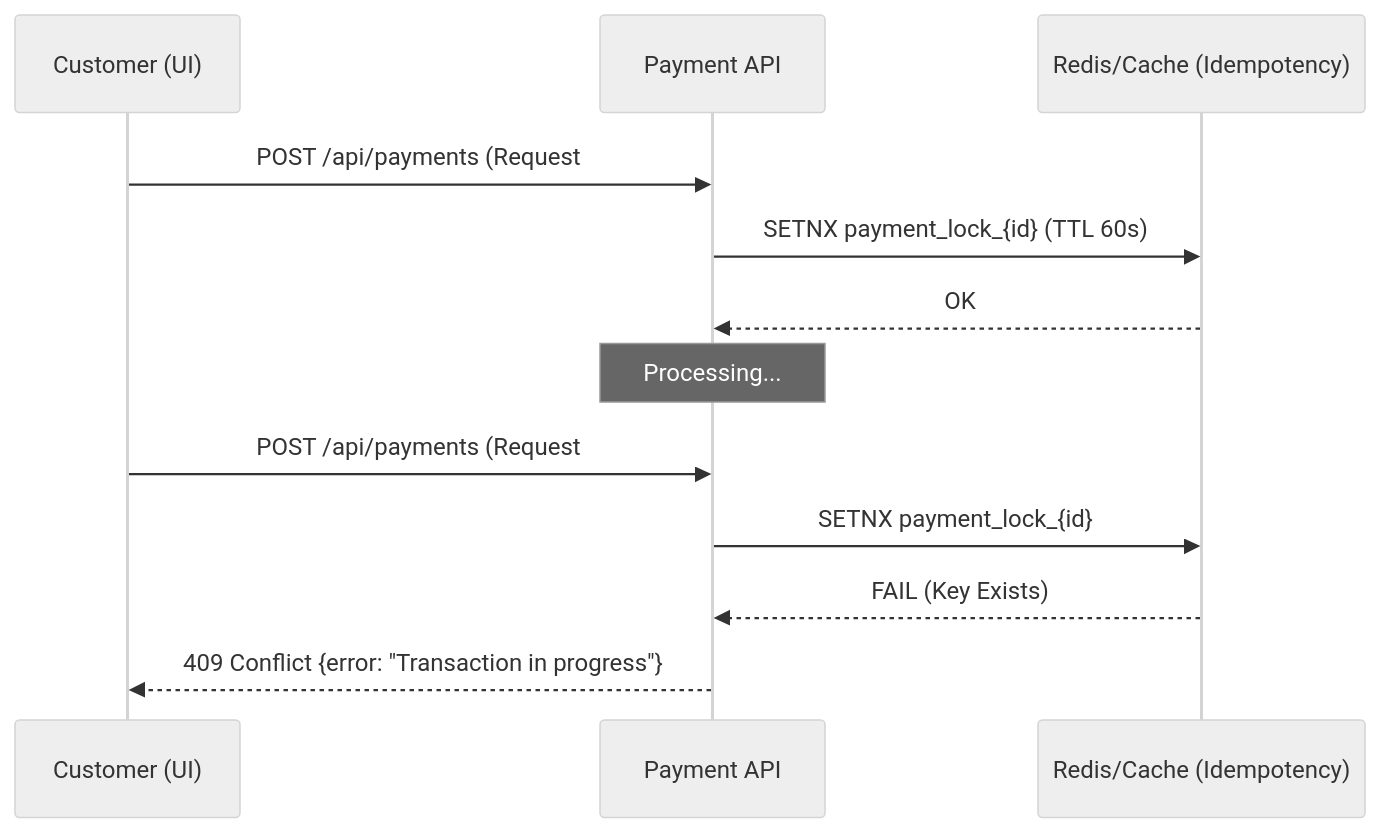
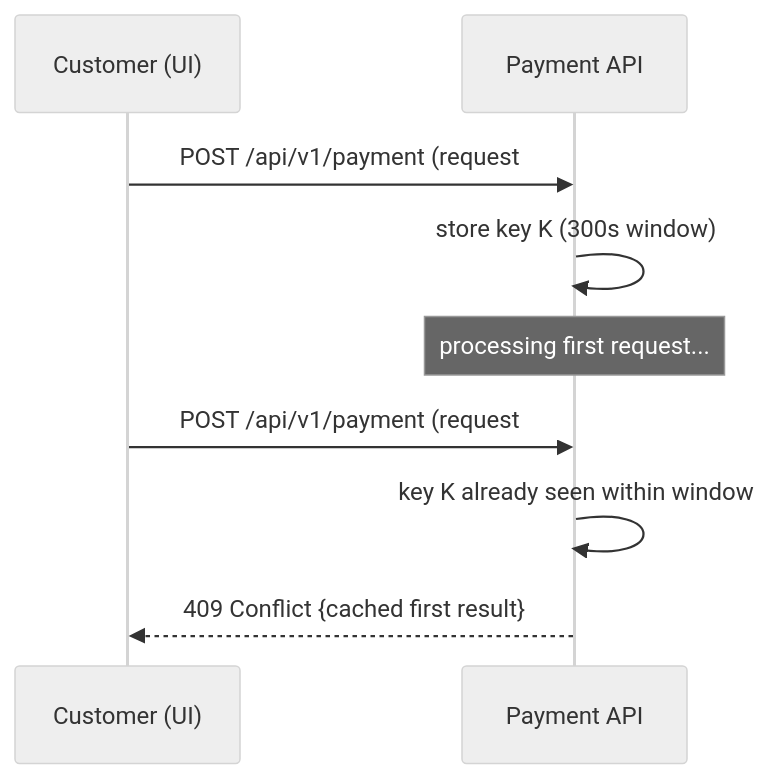
The third of 9 diagrams in docs/phases/combined_phase2.md (khairyKY/customer-ordering-system), drawn with Mermaid (neutral theme) before and after one commit. The commit also changed other lines of this file and 3 other files, not shown here.

````diff
--- a/docs/phases/combined_phase2.md
+++ b/docs/phases/combined_phase2.md
@@ -297,15 +246,12 @@
 ```mermaid
 sequenceDiagram
     participant C as Customer (UI)
     participant P as Payment API
-    participant R as Redis/Cache (Idempotency)
 
-    C->>P: POST /api/payments (Request #1)
-    P->>R: SETNX payment_lock_{id} (TTL 60s)
-    R-->>P: OK
-    Note over P: Processing...
-    C->>P: POST /api/payments (Request #2 - Double Click)
-    P->>R: SETNX payment_lock_{id}
-    R-->>P: FAIL (Key Exists)
-    P-->>C: 409 Conflict {error: "Transaction in progress"}
+    C->>P: POST /api/v1/payment (request #1, key=K)
+    P->>P: store key K (300s window)
+    Note over P: processing first request...
+    C->>P: POST /api/v1/payment (request #2, key=K)
+    P->>P: key K already seen within window
+    P-->>C: 409 Conflict {cached first result}
 ```
````
